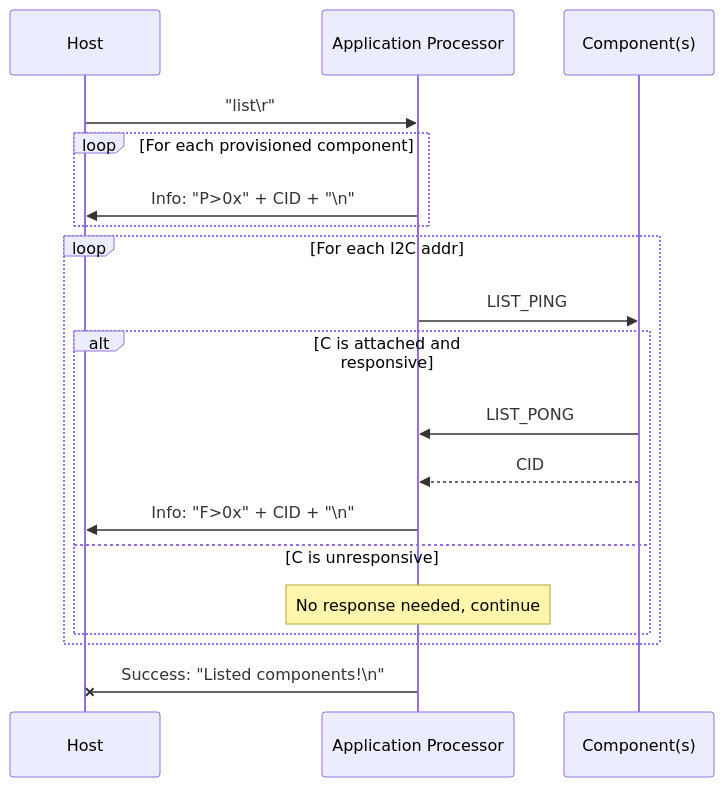
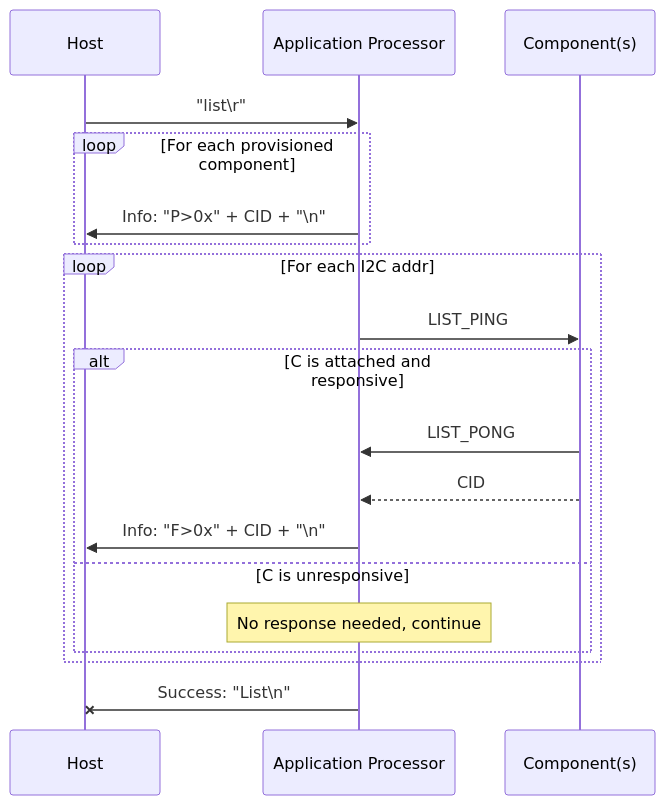
Before and after one commit to sigpwny/2024-ectf-uiuc: the first of 4 diagrams in docs/misc_protocol.md, drawn with Mermaid.

````diff
--- a/docs/misc_protocol.md
+++ b/docs/misc_protocol.md
@@ -14,21 +14,21 @@
 ```mermaid
 sequenceDiagram
   participant H as Host
   participant AP as Application Processor
   participant C as Component(s)
   H ->> AP: "list\r"
   loop For each provisioned component
     AP ->> H: Info: "P>0x" + CID + "\n"
   end
   loop For each I2C addr
     AP ->> C: LIST_PING
     alt C is attached and responsive
       C ->> AP: LIST_PONG
       C -->> AP: CID
       AP ->> H: Info: "F>0x" + CID + "\n"
     else C is unresponsive
       Note over AP: No response needed, continue
     end
   end
-  AP -x H: Success: "Listed components!\n"
+  AP -x H: Success: "List\n"
 ```
````
